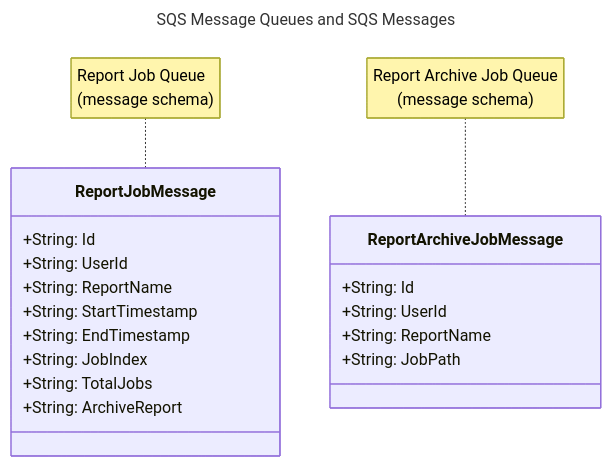
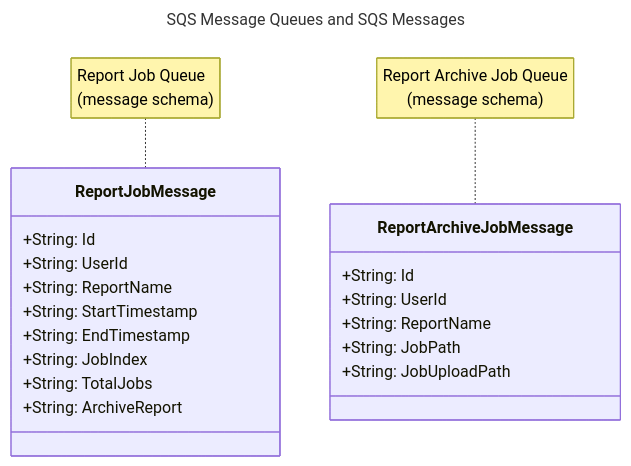
The first of 4 diagrams in docs/DIAGRAMS.md (darrylmorton/ct-iot-things-report-job-service), drawn with Mermaid before and after one commit. The commit also changed 7 other files, not shown here.

````diff
--- a/docs/DIAGRAMS.md
+++ b/docs/DIAGRAMS.md
@@ -1,32 +1,33 @@
 ```mermaid
 ---
 title: SQS Message Queues and SQS Messages
 ---
 
 classDiagram
     class ReportJobMessage {
         +String: Id
         +String: UserId
         +String: ReportName
         +String: StartTimestamp
         +String: EndTimestamp
         +String: JobIndex
         +String: TotalJobs
         +String: ArchiveReport
     }
 
     note for ReportJobMessage "Report Job Queue 
     
     (message schema)"
 
     class ReportArchiveJobMessage {
         +String: Id
         +String: UserId
         +String: ReportName
         +String: JobPath
+        +String: JobUploadPath
     }
     
     note for ReportArchiveJobMessage "Report Archive Job Queue
     
     (message schema)"
 ```
````
